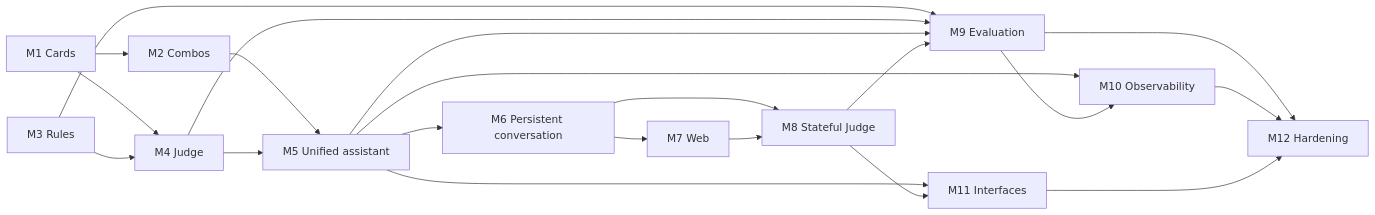
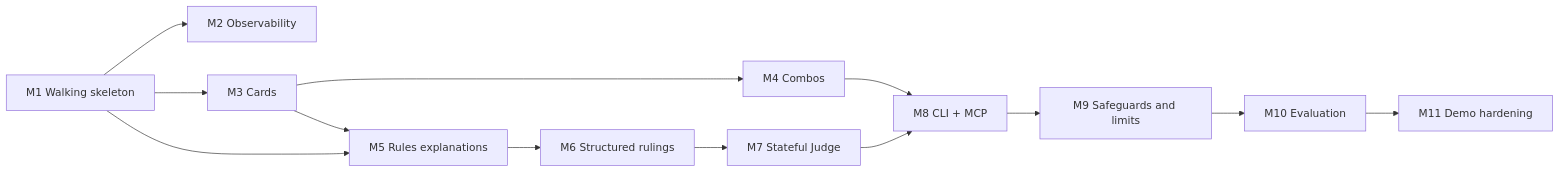
The diagram in docs/ROADMAP.md (tucktuck101/mana-leak), drawn with Mermaid before and after one commit. The commit also changed other lines of this file and 12 other files, not shown here.

Commit message:
docs: round 2 review repairs (walking-skeleton roadmap, session controls, rules explanations/rule text, judge evidence rules, config fixes)

````diff
--- a/docs/ROADMAP.md
+++ b/docs/ROADMAP.md
@@ -81,36 +77,27 @@
 ```mermaid
 flowchart LR
-    M1[M1 Cards]
-    M2[M2 Combos]
-    M3[M3 Rules]
-    M4[M4 Judge]
-    M5[M5 Unified assistant]
-    M6[M6 Persistent conversation]
-    M7[M7 Web]
-    M8[M8 Stateful Judge]
-    M9[M9 Evaluation]
-    M10[M10 Observability]
-    M11[M11 Interfaces]
-    M12[M12 Hardening]
+    M1[M1 Walking skeleton]
+    M2[M2 Observability]
+    M3[M3 Cards]
+    M4[M4 Combos]
+    M5[M5 Rules explanations]
+    M6[M6 Structured rulings]
+    M7[M7 Stateful Judge]
+    M8[M8 CLI + MCP]
+    M9[M9 Safeguards and limits]
+    M10[M10 Evaluation]
+    M11[M11 Demo hardening]
 
     M1 --> M2
-    M1 --> M4
+    M1 --> M3
+    M1 --> M5
     M3 --> M4
-    M2 --> M5
-    M4 --> M5
+    M3 --> M5
     M5 --> M6
     M6 --> M7
-    M6 --> M8
+    M4 --> M8
     M7 --> M8
-    M3 --> M9
-    M4 --> M9
-    M5 --> M9
     M8 --> M9
-    M5 --> M10
     M9 --> M10
-    M5 --> M11
-    M8 --> M11
-    M9 --> M12
-    M10 --> M12
-    M11 --> M12
+    M10 --> M11
 ```
````
